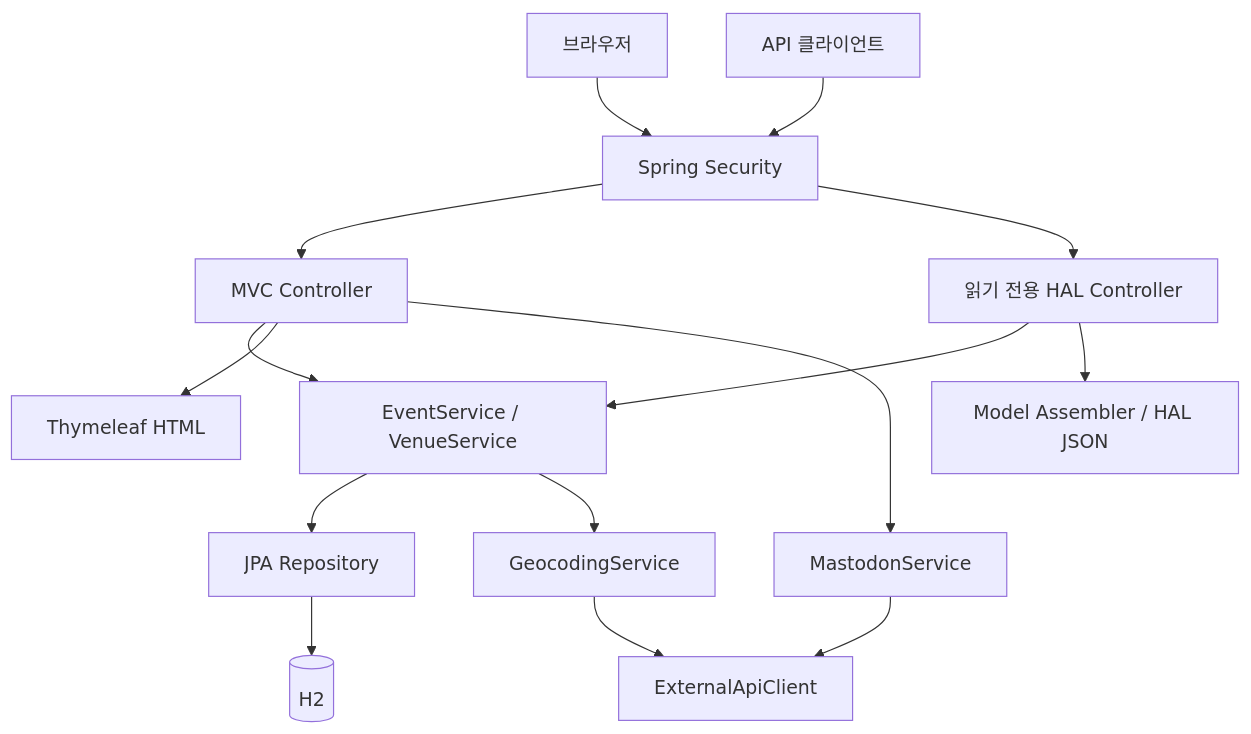
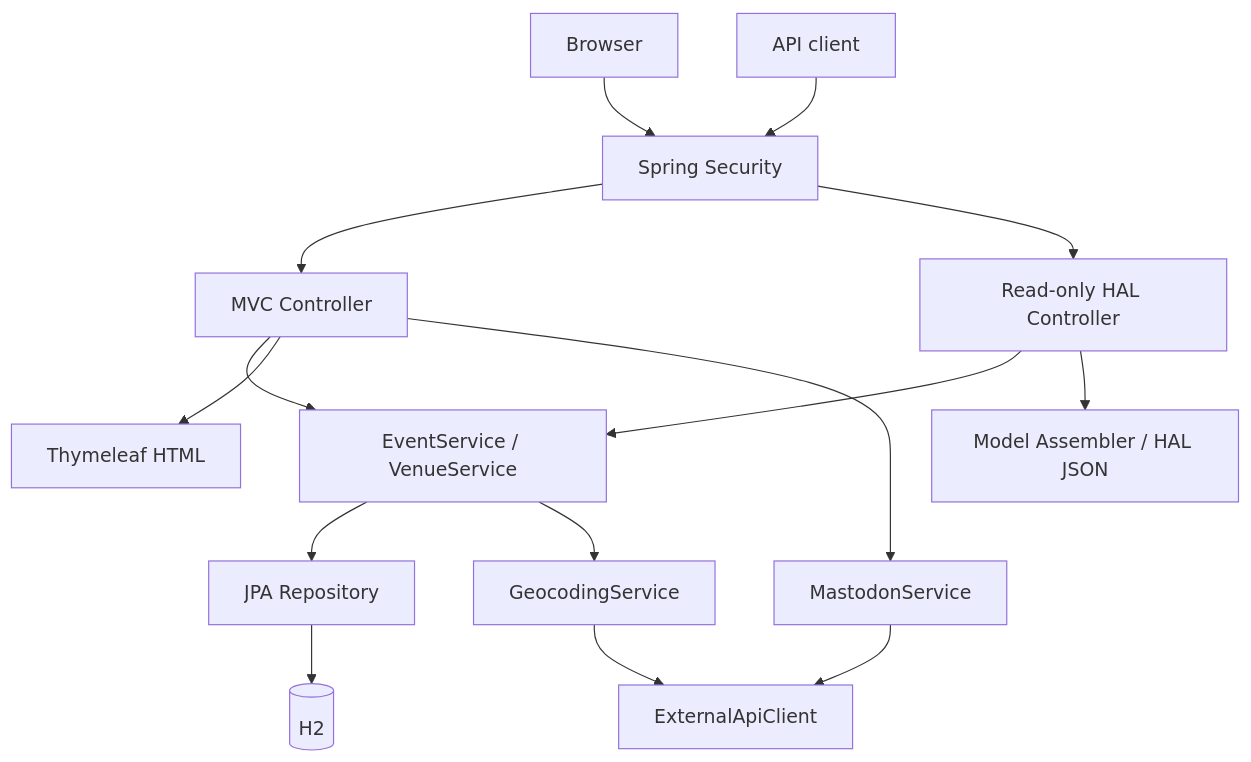
The diagram in docs/ARCHITECTURE.md (Dongmyung378/Event-Website), drawn with Mermaid before and after one commit. The commit also changed other lines of this file and 5 other files, not shown here.

Commit message:
Provide bilingual project and architecture documentation

````diff
--- a/docs/ARCHITECTURE.md
+++ b/docs/ARCHITECTURE.md
@@ -7,17 +9,17 @@
 ```mermaid
 flowchart TD
-    Browser[브라우저] --> Security[Spring Security]
-    Client[API 클라이언트] --> Security
+    Browser[Browser] --> Security[Spring Security]
+    Client[API client] --> Security
     Security --> MVC[MVC Controller]
-    Security --> API[읽기 전용 HAL Controller]
+    Security --> API[Read-only HAL Controller]
     MVC --> Services[EventService / VenueService]
     API --> Services
     Services --> Repository[JPA Repository]
     Repository --> H2[(H2)]
     MVC --> Templates[Thymeleaf HTML]
     API --> Assembler[Model Assembler / HAL JSON]
     Services --> Geocoding[GeocodingService]
     MVC --> Mastodon[MastodonService]
     Geocoding --> HTTP[ExternalApiClient]
     Mastodon --> HTTP
 ```
````
